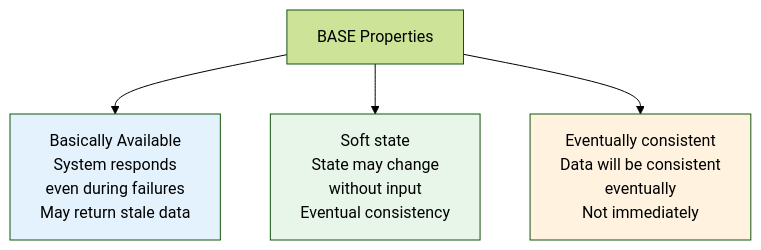
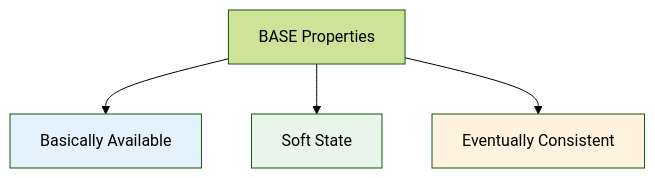
One commit to p1kmr/for-reading changed the tenth of 10 diagrams in HLD/foundation/02_databases.md. Above: the diagram before and after it, drawn with Mermaid (forest theme). The commit also changed other lines of this file and 2 other files, not shown here.

Commit message:
Fix Mermaid rendering issues in Databases and Message Queues guides by simplifying complex diagrams

````diff
--- a/HLD/foundation/02_databases.md
+++ b/HLD/foundation/02_databases.md
@@ -522,14 +544,12 @@
 ```mermaid
 graph TB
     BASE[BASE Properties]
 
-    BASE --> BA[Basically Available<br/>System responds<br/>even during failures<br/>May return stale data]
-
-    BASE --> S[Soft state<br/>State may change<br/>without input<br/>Eventual consistency]
-
-    BASE --> E[Eventually consistent<br/>Data will be consistent<br/>eventually<br/>Not immediately]
+    BASE --> BA[Basically Available]
+    BASE --> S[Soft State]
+    BASE --> E[Eventually Consistent]
 
     style BA fill:#e3f2fd
     style S fill:#e8f5e9
     style E fill:#fff3e0
 ```
````
